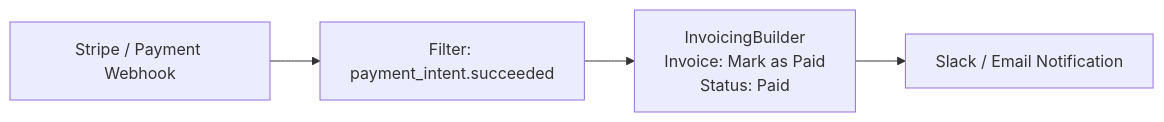
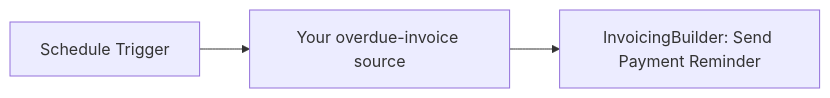
One commit to InvoicingBuilder/n8n-nodes-invoicingbuilder changed the fourth of 4 diagrams in README.md. Above: the diagram before and after it, drawn with Mermaid. The commit also changed other lines of this file and 1 other file, not shown here.

````diff
--- a/README.md
+++ b/README.md
@@ -419,6 +344,5 @@
 ```mermaid
 graph LR
-    Webhook[Stripe / Payment Webhook] --> Filter[Filter: payment_intent.succeeded]
-    Filter --> MarkPaid[InvoicingBuilder<br>Invoice: Mark as Paid<br>Status: Paid]
-    MarkPaid --> Slack[Slack / Email Notification]
+    A[Schedule Trigger] --> B[Your overdue-invoice source]
+    B --> C[InvoicingBuilder: Send Payment Reminder]
 ```
````
